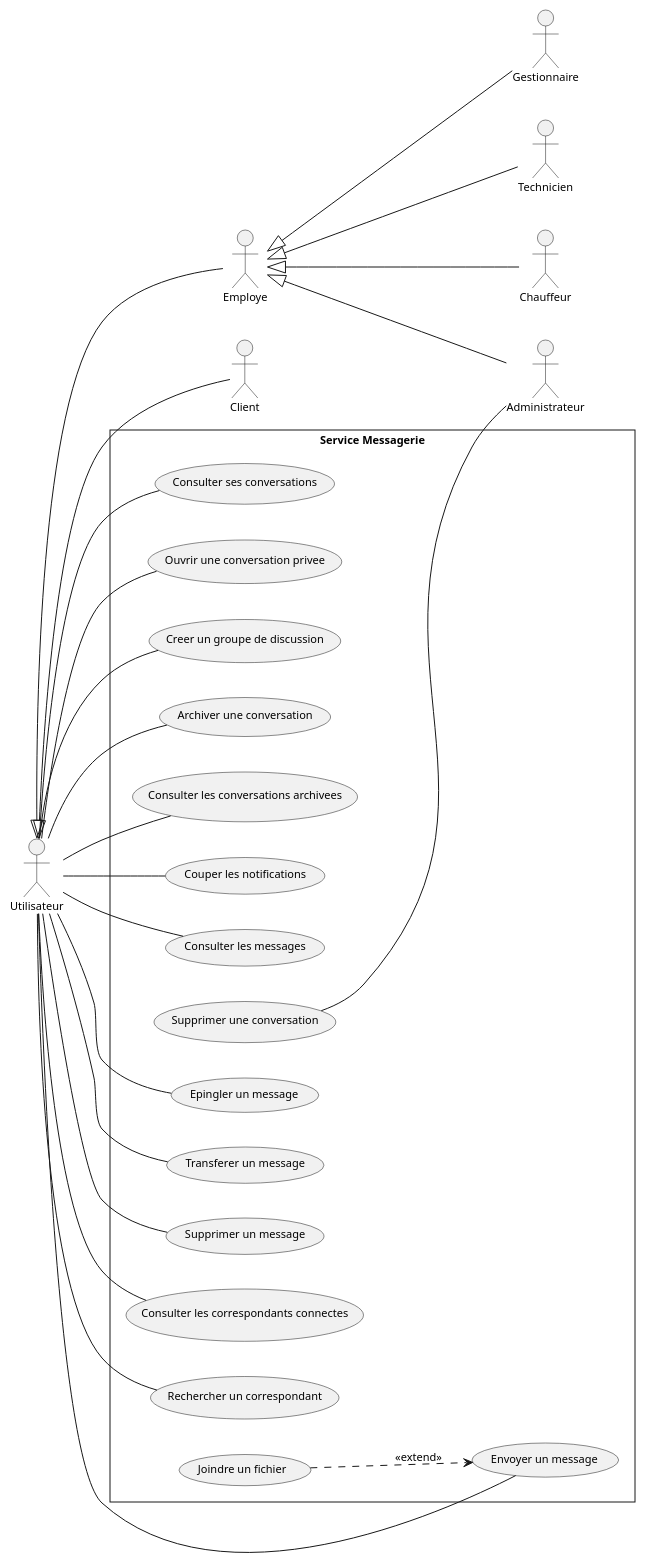
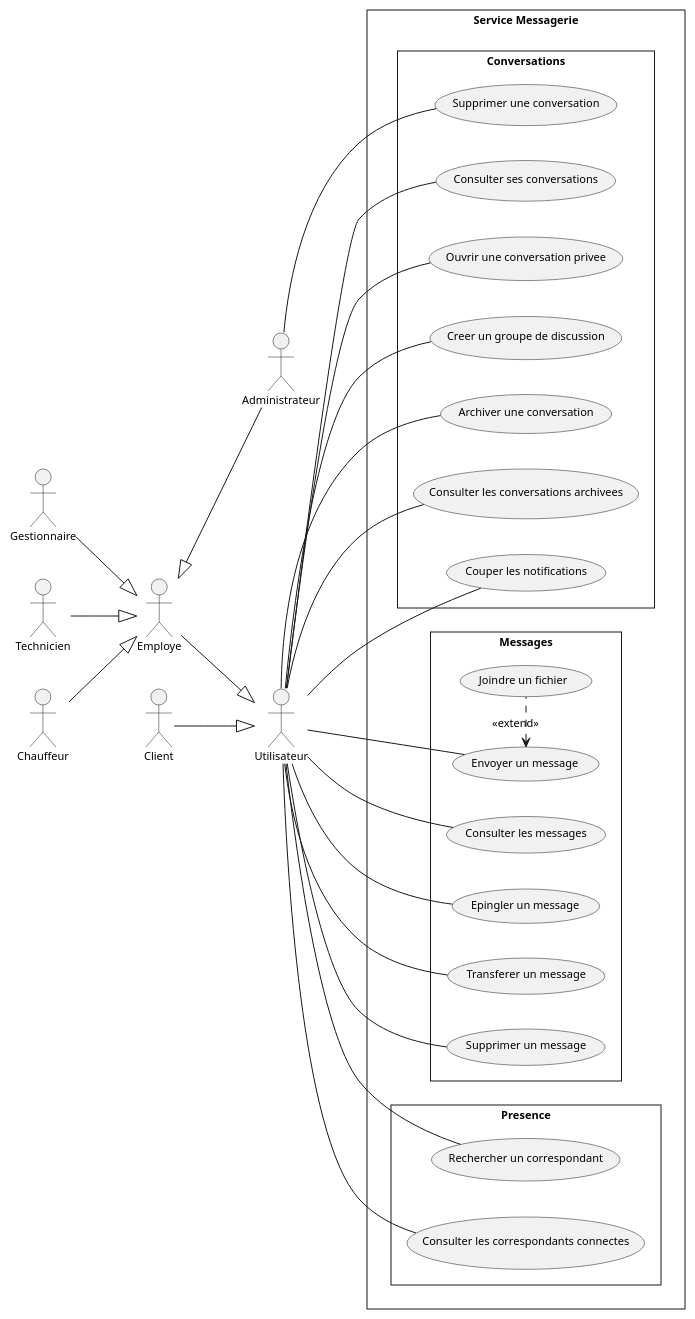
Before and after one commit to saber-barhoumi/Xpark-gmao: the diagram in docs/diagrams/microservices/Chat/Chat-usecase.puml, drawn with PlantUML. The commit also changed 12 other files, not shown here.

```diff
--- a/docs/diagrams/microservices/Chat/Chat-usecase.puml
+++ b/docs/diagrams/microservices/Chat/Chat-usecase.puml
@@ -1,64 +1,71 @@
 @startuml
 skinparam style strictuml
 skinparam packageStyle rectangle
 skinparam shadowing false
 skinparam defaultFontName Verdana
 skinparam defaultFontSize 11
 skinparam backgroundColor #FFFFFF
 left to right direction
 
-' Acteurs principaux, empiles a gauche du plus general au plus specialise
+' Acteurs, alignes a gauche : les porteurs d'associations sont
+' accoles a la frontiere, les acteurs structurels a leur gauche
 actor "Utilisateur" as Utilisateur
 actor "Employe" as Employe
 actor "Administrateur" as Administrateur
 actor "Gestionnaire" as Gestionnaire
 actor "Technicien" as Technicien
 actor "Chauffeur" as Chauffeur
 actor "Client" as Client
 
 ' Generalisation : triangle creux, de l'enfant vers le parent
-Employe -up-|> Utilisateur
-Client -up-|> Utilisateur
+Employe -down-|> Utilisateur
+Client -down-|> Utilisateur
 Administrateur -up-|> Employe
-Gestionnaire -up-|> Employe
-Technicien -up-|> Employe
-Chauffeur -up-|> Employe
+Gestionnaire -down-|> Employe
+Technicien -down-|> Employe
+Chauffeur -down-|> Employe
 
 rectangle "Service Messagerie" {
-  usecase "Consulter ses conversations" as UC_Consulter_ses_conversations
-  usecase "Ouvrir une conversation privee" as UC_Ouvrir_une_conversation_privee
-  usecase "Creer un groupe de discussion" as UC_Creer_un_groupe_de_discussion
-  usecase "Archiver une conversation" as UC_Archiver_une_conversation
-  usecase "Consulter les conversations archivees" as UC_Consulter_les_conversations_archiv
-  usecase "Couper les notifications" as UC_Couper_les_notifications
-  usecase "Consulter les messages" as UC_Consulter_les_messages
-  usecase "Envoyer un message" as UC_Envoyer_un_message
-  usecase "Joindre un fichier" as UC_Joindre_un_fichier
-  usecase "Epingler un message" as UC_Epingler_un_message
-  usecase "Transferer un message" as UC_Transferer_un_message
-  usecase "Supprimer un message" as UC_Supprimer_un_message
-  usecase "Consulter les correspondants connectes" as UC_Consulter_les_correspondants_conne
-  usecase "Rechercher un correspondant" as UC_Rechercher_un_correspondant
-  usecase "Supprimer une conversation" as UC_Supprimer_une_conversation
+  package "Conversations" {
+    usecase "Consulter ses conversations" as UC_Consulter_ses_conversations
+    usecase "Ouvrir une conversation privee" as UC_Ouvrir_une_conversation_privee
+    usecase "Creer un groupe de discussion" as UC_Creer_un_groupe_de_discussion
+    usecase "Archiver une conversation" as UC_Archiver_une_conversation
+    usecase "Consulter les conversations archivees" as UC_Consulter_les_conversations_archiv
+    usecase "Couper les notifications" as UC_Couper_les_notifications
+    usecase "Supprimer une conversation" as UC_Supprimer_une_conversation
+  }
+  package "Messages" {
+    usecase "Consulter les messages" as UC_Consulter_les_messages
+    usecase "Envoyer un message" as UC_Envoyer_un_message
+    usecase "Joindre un fichier" as UC_Joindre_un_fichier
+    usecase "Epingler un message" as UC_Epingler_un_message
+    usecase "Transferer un message" as UC_Transferer_un_message
+    usecase "Supprimer un message" as UC_Supprimer_un_message
+  }
+  package "Presence" {
+    usecase "Consulter les correspondants connectes" as UC_Consulter_les_correspondants_conne
+    usecase "Rechercher un correspondant" as UC_Rechercher_un_correspondant
+  }
 }
 
 ' Associations : trait continu sans fleche (relation d'association)
 Utilisateur -- UC_Consulter_ses_conversations
 Utilisateur -- UC_Ouvrir_une_conversation_privee
 Utilisateur -- UC_Creer_un_groupe_de_discussion
 Utilisateur -- UC_Archiver_une_conversation
 Utilisateur -- UC_Consulter_les_conversations_archiv
 Utilisateur -- UC_Couper_les_notifications
 Utilisateur -- UC_Consulter_les_messages
 Utilisateur -- UC_Envoyer_un_message
 Utilisateur -- UC_Epingler_un_message
 Utilisateur -- UC_Transferer_un_message
 Utilisateur -- UC_Supprimer_un_message
 Utilisateur -- UC_Consulter_les_correspondants_conne
 Utilisateur -- UC_Rechercher_un_correspondant
 Administrateur -- UC_Supprimer_une_conversation
 
 ' << extend >> : du cas optionnel vers le cas de base
-UC_Joindre_un_fichier ..> UC_Envoyer_un_message : << extend >>
+UC_Joindre_un_fichier .left.> UC_Envoyer_un_message : << extend >>
 
 @enduml
```
